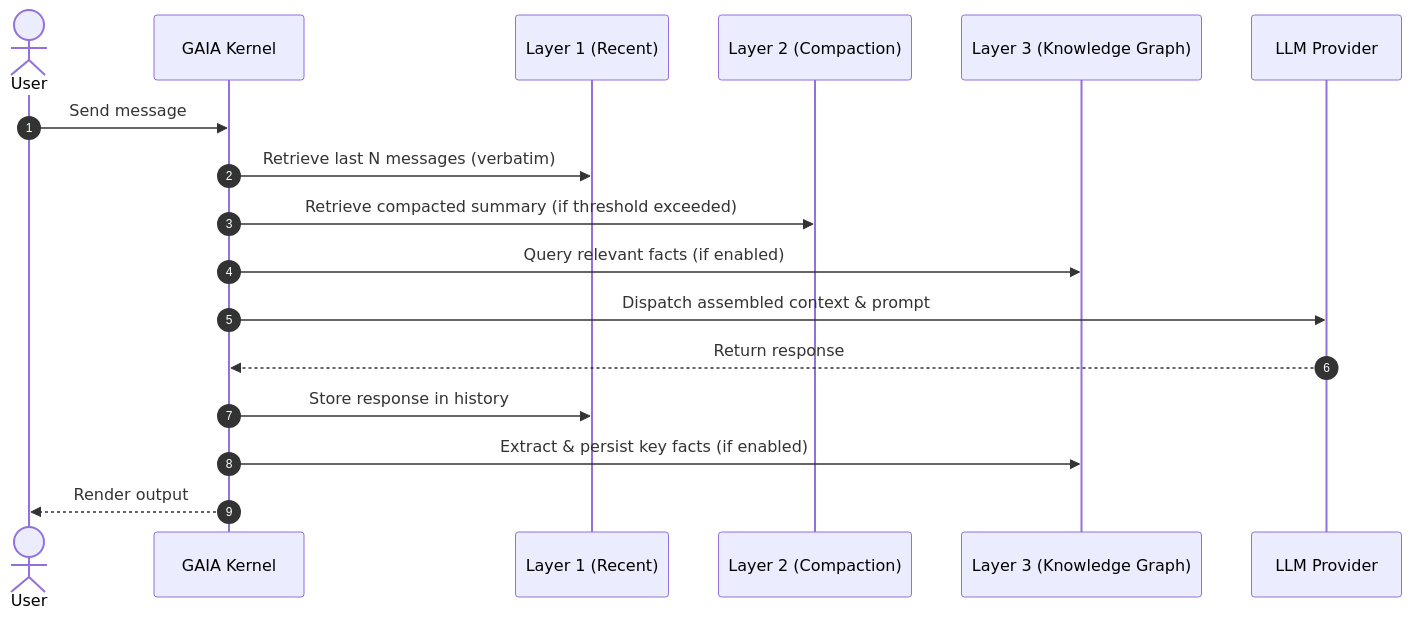
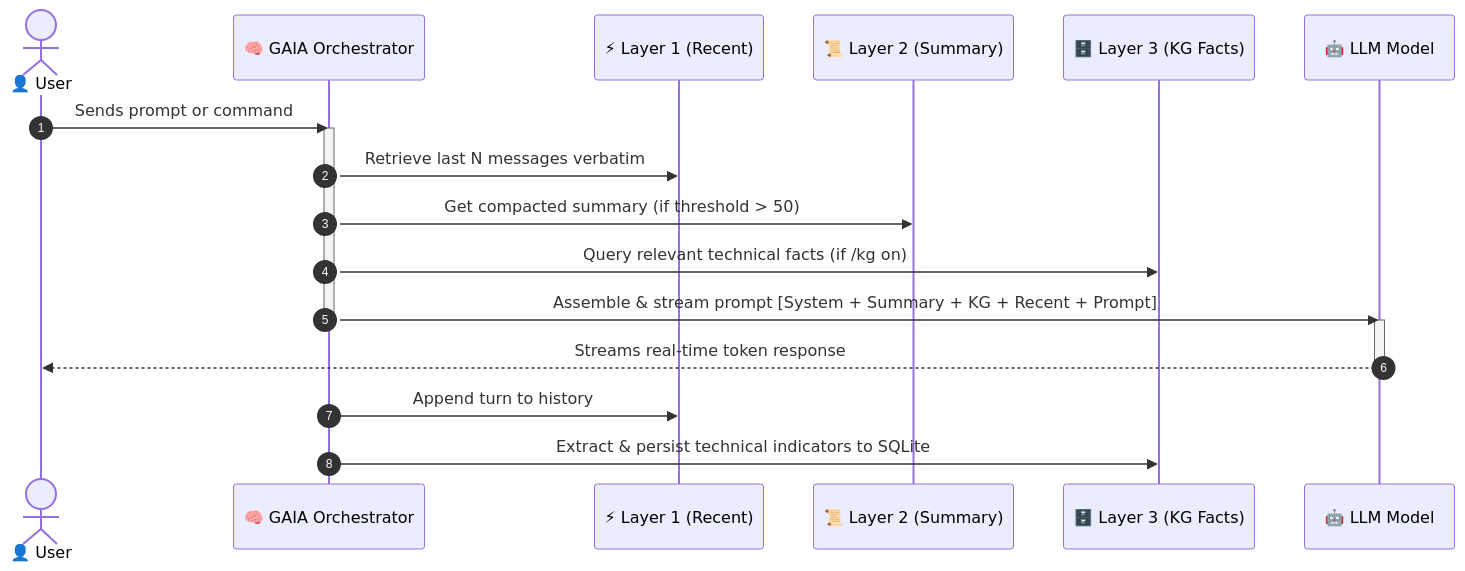
The second of 2 diagrams in docs/context-layers.md (SalvucciFacundo/gaia), drawn with Mermaid before and after one commit. The commit also changed other lines of this file and 5 other files, not shown here.

Commit message:
docs: add website & docs portal badges, live callout, and Mermaid diagrams

````diff
--- a/docs/context-layers.md
+++ b/docs/context-layers.md
@@ -30,20 +31,23 @@
 ```mermaid
 sequenceDiagram
     autonumber
-    actor User
-    participant Kernel as GAIA Kernel
-    participant L1 as Layer 1 (Recent)
-    participant L2 as Layer 2 (Compaction)
-    participant L3 as Layer 3 (Knowledge Graph)
-    participant LLM as LLM Provider
+    actor User as 👤 User
+    participant Orch as 🧠 GAIA Orchestrator
+    participant L1 as ⚡ Layer 1 (Recent)
+    participant L2 as 📜 Layer 2 (Summary)
+    participant L3 as 🗄️ Layer 3 (KG Facts)
+    participant LLM as 🤖 LLM Model
 
-    User->>Kernel: Send message
-    Kernel->>L1: Retrieve last N messages (verbatim)
-    Kernel->>L2: Retrieve compacted summary (if threshold exceeded)
-    Kernel->>L3: Query relevant facts (if enabled)
-    Kernel->>LLM: Dispatch assembled context & prompt
-    LLM-->>Kernel: Return response
-    Kernel->>L1: Store response in history
-    Kernel->>L3: Extract & persist key facts (if enabled)
-    Kernel-->>User: Render output
+    User->>Orch: Sends prompt or command
+    activate Orch
+    Orch->>L1: Retrieve last N messages verbatim
+    Orch->>L2: Get compacted summary (if threshold > 50)
+    Orch->>L3: Query relevant technical facts (if /kg on)
+    Orch->>LLM: Assemble & stream prompt [System + Summary + KG + Recent + Prompt]
+    deactivate Orch
+    activate LLM
+    LLM-->>User: Streams real-time token response
+    deactivate LLM
+    Orch->>L1: Append turn to history
+    Orch->>L3: Extract & persist technical indicators to SQLite
 ```
````
